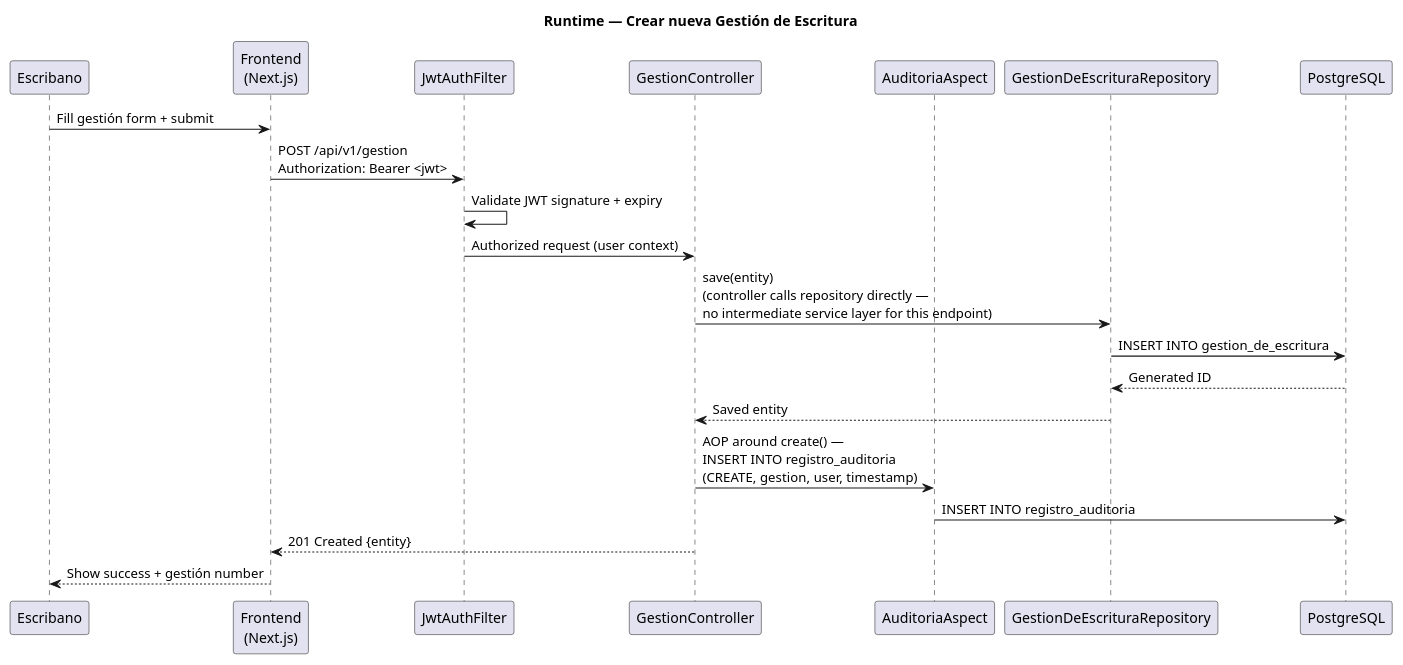
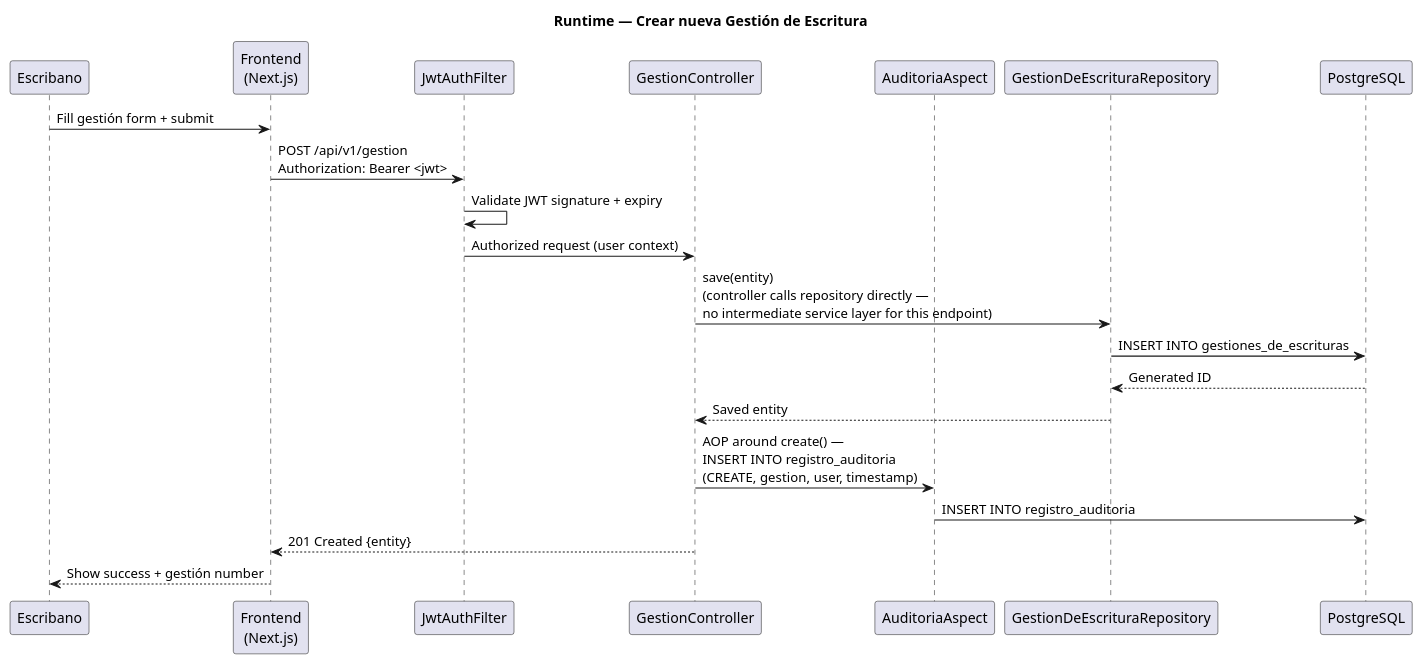
One commit to matiaspakua/notaire changed the tenth of 14 diagrams in docs/200-architecture/201-SAD/sad.md. Above: the diagram before and after it, drawn with PlantUML. The commit also changed 5 other files, not shown here.

First line of the commit message:
docs(architecture): dedupe diagrams, fix table-name inaccuracies

````diff
--- a/docs/200-architecture/201-SAD/sad.md
+++ b/docs/200-architecture/201-SAD/sad.md
@@ -679,26 +679,26 @@
 ```plantuml
 @startuml
 title Runtime — Crear nueva Gestión de Escritura
 
 participant "Escribano" as User
 participant "Frontend\n(Next.js)" as Client
 participant "JwtAuthFilter" as Auth
 participant "GestionController" as Ctrl
 participant "AuditoriaAspect" as Audit
 participant "GestionDeEscrituraRepository" as Repo
 participant "PostgreSQL" as DB
 
 User -> Client : Fill gestión form + submit
 Client -> Auth : POST /api/v1/gestion\nAuthorization: Bearer <jwt>
 Auth -> Auth : Validate JWT signature + expiry
 Auth -> Ctrl : Authorized request (user context)
 Ctrl -> Repo : save(entity)\n(controller calls repository directly —\nno intermediate service layer for this endpoint)
-Repo -> DB : INSERT INTO gestion_de_escritura
+Repo -> DB : INSERT INTO gestiones_de_escrituras
 DB --> Repo : Generated ID
 Repo --> Ctrl : Saved entity
 Ctrl -> Audit : AOP around create() —\nINSERT INTO registro_auditoria\n(CREATE, gestion, user, timestamp)
 Audit -> DB : INSERT INTO registro_auditoria
 Ctrl --> Client : 201 Created {entity}
 Client --> User : Show success + gestión number
 @enduml
 ```
````
